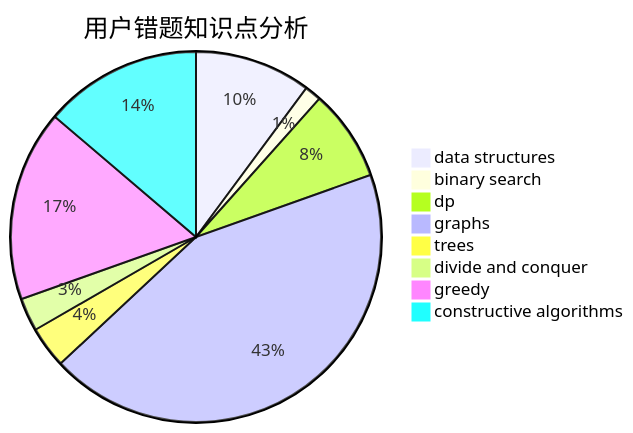
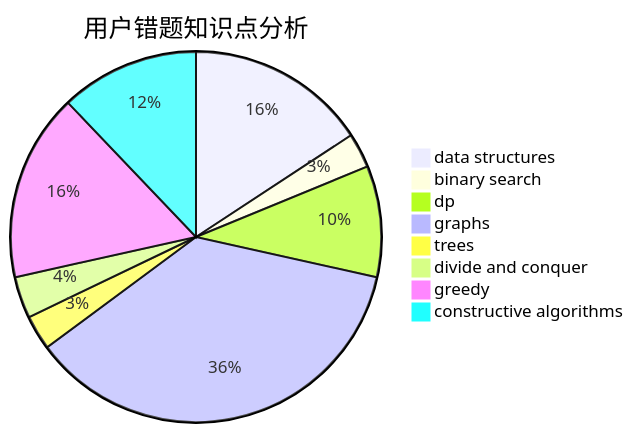
The third of 3 diagrams in docs/user/u645.md (sherpahu/cfrs.github.io), drawn with Mermaid before and after one commit. The commit also changed other lines of this file and 2770 other files, not shown here.

````diff
--- a/docs/user/u645.md
+++ b/docs/user/u645.md
@@ -36,11 +36,11 @@
 ```mermaid
 pie title 用户错题知识点分析
-    "data structures" :  14
-    "binary search" :  2
-    "dp" :  11
+    "data structures" :  26
+    "binary search" :  5
+    "dp" :  16
     "graphs" :  60
     "trees" :  5
-    "divide and conquer" :  4
-    "greedy" :  23
-    "constructive algorithms" :  19
+    "divide and conquer" :  6
+    "greedy" :  27
+    "constructive algorithms" :  20
 ```
````
